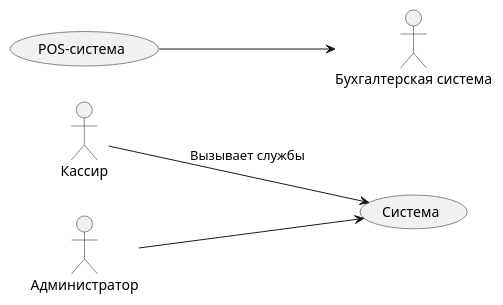
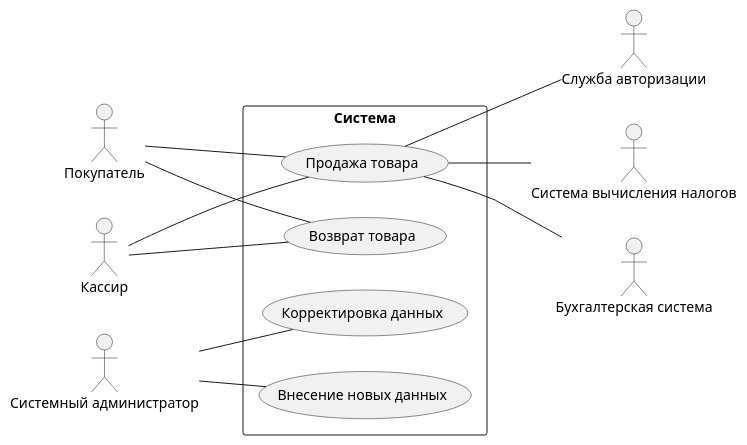
One commit to penamarth/bsbo-03-23_team4_var10_football changed the diagram in Видение.md. Above: the diagram before and after it, drawn with PlantUML.

````diff
--- a/Видение.md
+++ b/Видение.md
@@ -43,23 +43,38 @@
 ```plantuml
 @startuml
-
 skinparam packageStyle rect
 left to right direction
 
-together {
+:Покупатель:
 :Кассир:
-:Администратор:
+:Системный администратор:
+
+package Cистема {
+
+(Продажа товара)
+(Возврат товара)
+(Корректировка данных)
+(Внесение новых данных)
+
 }
 
 
-:Кассир: --> (Система) : Вызывает службы
-:Администратор: --> (Система)
+:Покупатель: -- (Продажа товара)
+:Покупатель: -- (Возврат товара)
 
-together {
+:Кассир: -- (Продажа товара)
+:Кассир: -- (Возврат товара)
+
+:Системный администратор: -- (Корректировка данных)
+:Системный администратор: -- (Внесение новых данных)
+
+:Служба авторизации:
+:Система вычисления налогов:
 :Бухгалтерская система:
-}
 
-(POS-система) --> :Бухгалтерская система: 
+(Продажа товара) -- :Служба авторизации:
+(Продажа товара) -- :Система вычисления налогов:
+(Продажа товара) -- :Бухгалтерская система:
 
 @enduml
 ```
````
